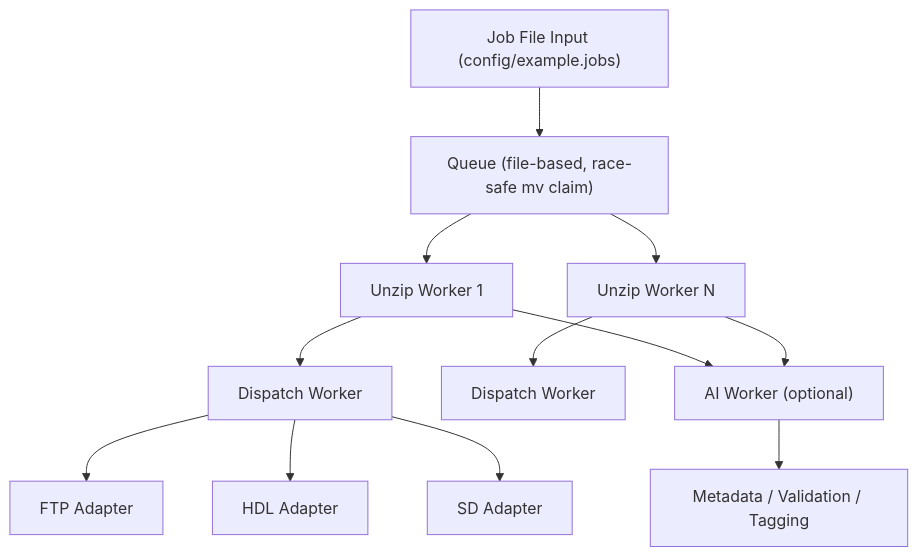
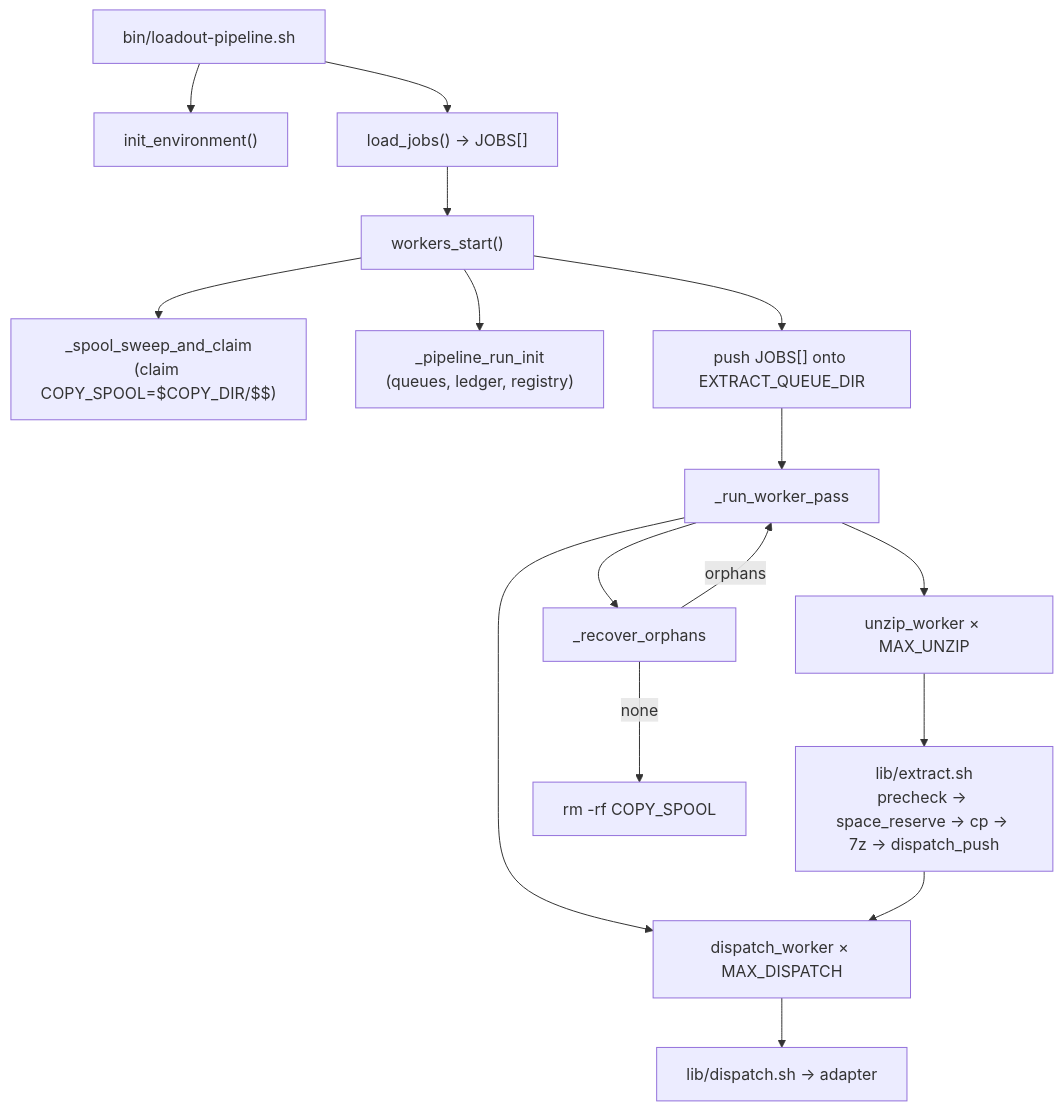
Before and after one commit to patrickfcarey/loadout-pipeline: the diagram in ai_agent_entry_point.md, drawn with Mermaid. The commit also changed other lines of this file and 43 other files, not shown here.

````diff
--- a/ai_agent_entry_point.md
+++ b/ai_agent_entry_point.md
@@ -111,14 +118,18 @@
 ```mermaid
 flowchart TD
-A["Job File Input (config/example.jobs)"] --> B["Queue (file-based, race-safe mv claim)"]
-B --> C1["Unzip Worker 1"]
-B --> C2["Unzip Worker N"]
-C1 --> D1["Dispatch Worker"]
-C2 --> D2["Dispatch Worker"]
-D1 --> E1["FTP Adapter"]
-D1 --> E2["HDL Adapter"]
-D1 --> E3["SD Adapter"]
-C1 --> F["AI Worker (optional)"]
-C2 --> F
-F --> G["Metadata / Validation / Tagging"]
+    A["bin/loadout-pipeline.sh"] --> B["init_environment()"]
+    A --> C["load_jobs() → JOBS[]"]
+    C --> D["workers_start()"]
+    D --> D1["_spool_sweep_and_claim\n(claim COPY_SPOOL=$COPY_DIR/$$)"]
+    D --> D2["_pipeline_run_init\n(queues, ledger, registry)"]
+    D --> E["push JOBS[] onto EXTRACT_QUEUE_DIR"]
+    E --> P["_run_worker_pass"]
+    P --> F1["unzip_worker × MAX_UNZIP"]
+    P --> F2["dispatch_worker × MAX_DISPATCH"]
+    F1 --> G["lib/extract.sh\nprecheck → space_reserve → cp → 7z → dispatch_push"]
+    G --> F2
+    F2 --> H["lib/dispatch.sh → adapter"]
+    P --> R["_recover_orphans"]
+    R -->|orphans| P
+    R -->|none| Z["rm -rf COPY_SPOOL"]
 ```
````
